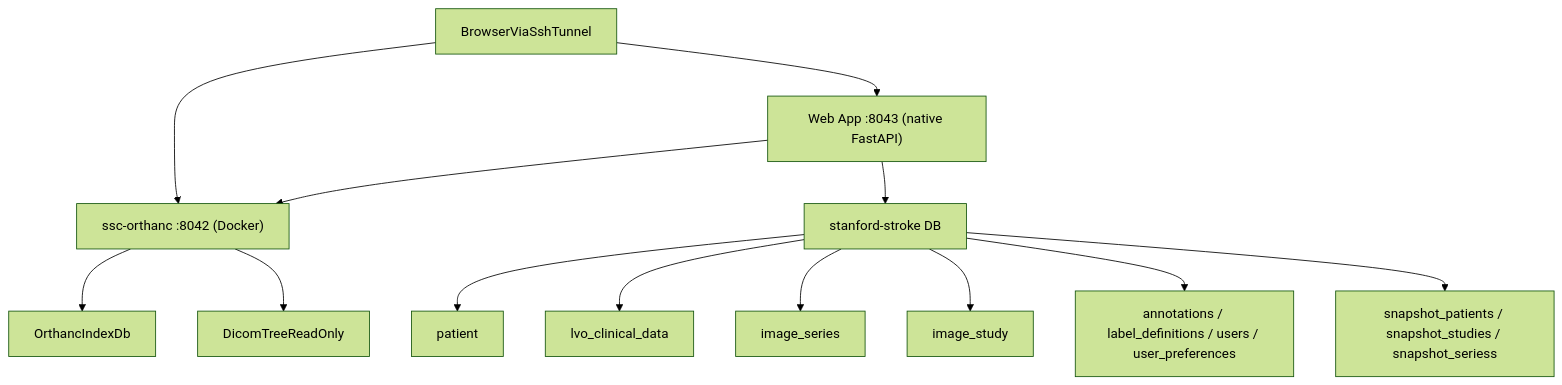
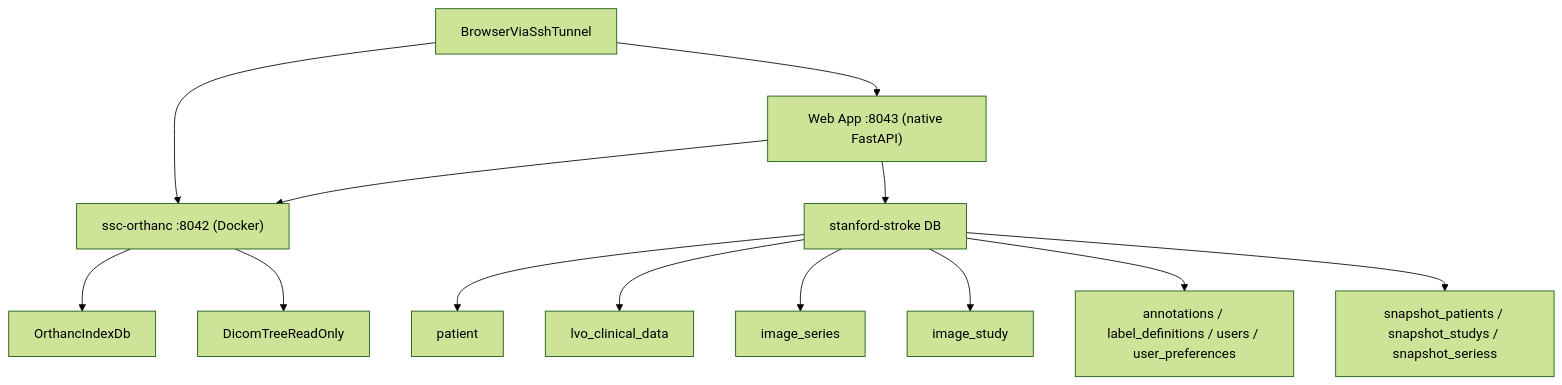
One commit to perecanals/ssc-pacs changed the diagram in stanford-stroke-pacs/documentation/reference/architecture.md. Above: the diagram before and after it, drawn with Mermaid (forest theme). The commit also changed other lines of this file and 16 other files, not shown here.

````diff
--- a/stanford-stroke-pacs/documentation/reference/architecture.md
+++ b/stanford-stroke-pacs/documentation/reference/architecture.md
@@ -17,15 +17,15 @@
 ```mermaid
 flowchart TD
     Browser[BrowserViaSshTunnel] --> Orthanc8042["ssc-orthanc :8042 (Docker)"]
     Browser --> WebApp8043["Web App :8043 (native FastAPI)"]
     Orthanc8042 --> OrthancDb[OrthancIndexDb]
     Orthanc8042 --> DicomTree[DicomTreeReadOnly]
     WebApp8043 --> SscDb[stanford-stroke DB]
     WebApp8043 --> Orthanc8042
     SscDb --> Patient[patient]
     SscDb --> LvoClinicalData[lvo_clinical_data]
     SscDb --> ImageSeries[image_series]
     SscDb --> ImageStudy[image_study]
     SscDb --> AnnotationTables[annotations / label_definitions / users / user_preferences]
-    SscDb --> SnapshotTables[snapshot_patients / snapshot_studies / snapshot_seriess]
+    SscDb --> SnapshotTables[snapshot_patients / snapshot_studys / snapshot_seriess]
 ```
````
